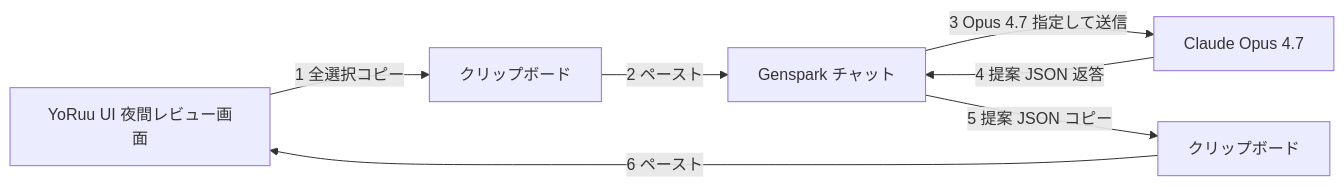
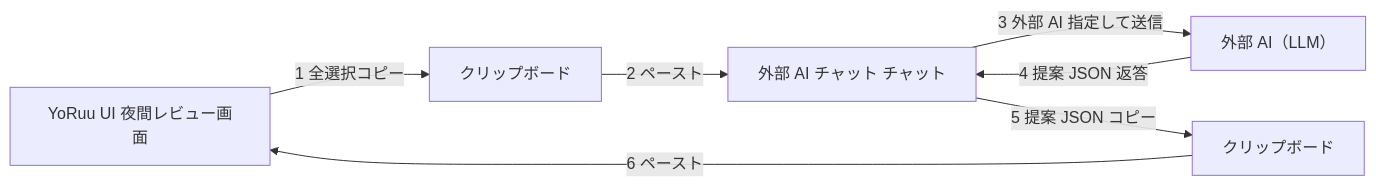
One commit to matrix9neonebuchadnezzar2199-sketch/YoRuu changed the third of 4 diagrams in docs/design/15_nightly_review.md. Above: the diagram before and after it, drawn with Mermaid. The commit also changed other lines of this file and 16 other files, not shown here.

````diff
--- a/docs/design/15_nightly_review.md
+++ b/docs/design/15_nightly_review.md
@@ -440,9 +440,9 @@
 ```mermaid
 flowchart LR
     YR[YoRuu UI 夜間レビュー画面] -- 1 全選択コピー --> CB[クリップボード]
-    CB -- 2 ペースト --> GS[Genspark チャット]
-    GS -- 3 Opus 4.7 指定して送信 --> OP[Claude Opus 4.7]
+    CB -- 2 ペースト --> GS[外部 AI チャット チャット]
+    GS -- 3 外部 AI 指定して送信 --> OP[外部 AI（LLM）]
     OP -- 4 提案 JSON 返答 --> GS
     GS -- 5 提案 JSON コピー --> CB2[クリップボード]
     CB2 -- 6 ペースト --> YR
 ```
````
